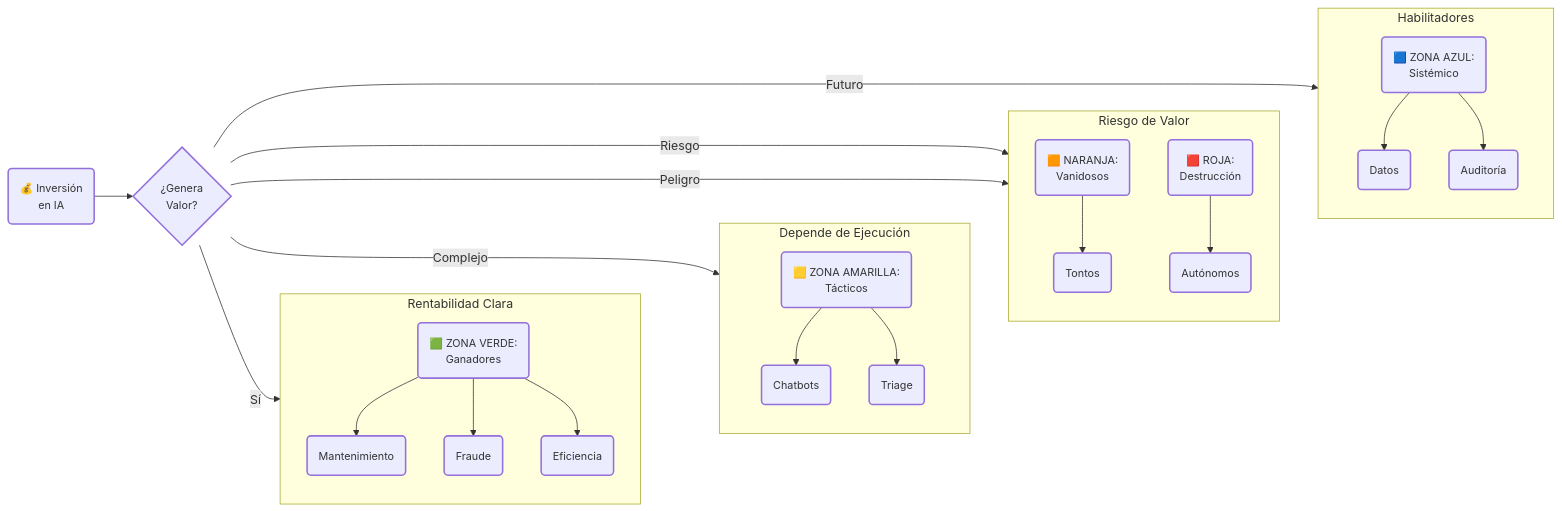
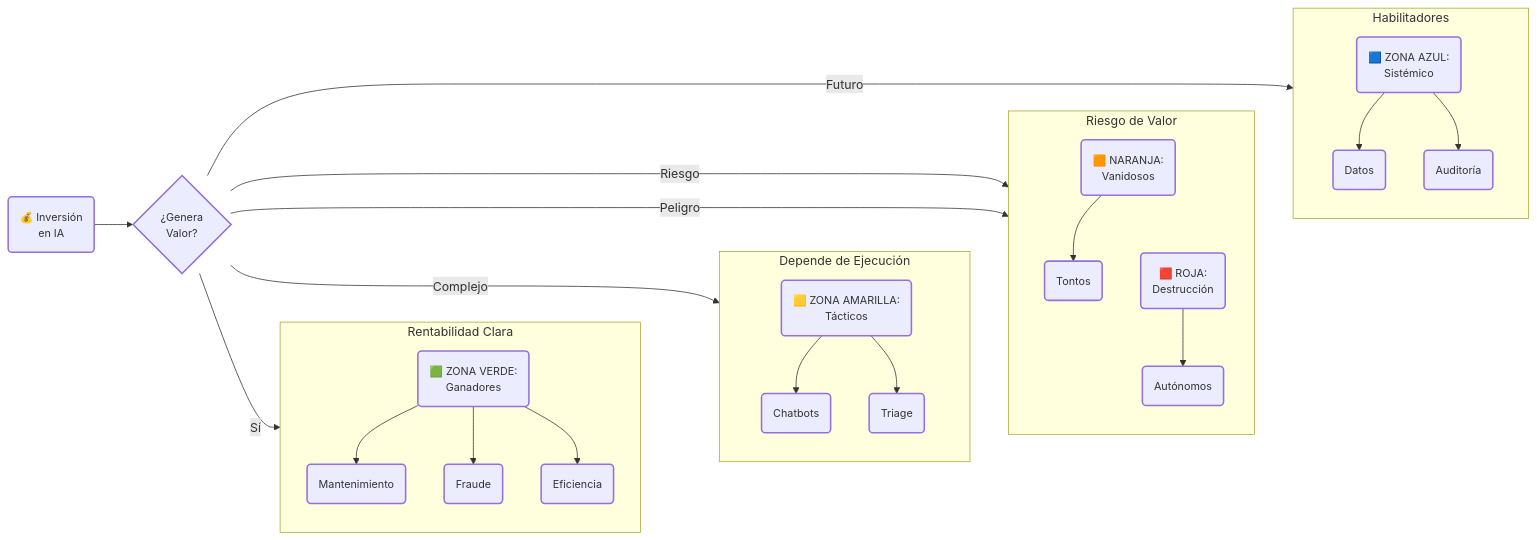
One commit to jccarvajal/Arquitectura-IA changed the diagram in docs/guias/12-ROI-Financiero.md. Above: the diagram before and after it, drawn with Mermaid.

````diff
--- a/docs/guias/12-ROI-Financiero.md
+++ b/docs/guias/12-ROI-Financiero.md
@@ -15,47 +15,48 @@
 ```mermaid
 graph LR
     %% CONFIGURACIÓN MAESTRA (Estilo limpio)
     classDef default font-size:14px,stroke-width:2px;
 
     Invest(💰 Inversión<br/>en IA) --> Evaluacion{¿Genera<br/>Valor?}
 
     %% ZONA VERDE
     Evaluacion -->|Sí| Green(🟩 ZONA VERDE:<br/>Ganadores)
     subgraph Z_Green [Rentabilidad Clara]
         direction TB
         Green --> G1(Mantenimiento)
         Green --> G2(Fraude)
         Green --> G3(Eficiencia)
     end
 
     %% ZONA AMARILLA
     Evaluacion -->|Complejo| Yellow(🟨 ZONA AMARILLA:<br/>Tácticos)
     subgraph Z_Yellow [Depende de Ejecución]
         direction TB
         Yellow --> Y1(Chatbots)
         Yellow --> Y2(Triage)
     end
 
     %% ZONA RIESGO (NARANJA + ROJA)
     Evaluacion -->|Riesgo| Orange(🟧 NARANJA:<br/>Vanidosos)
     Evaluacion -->|Peligro| Red(🟥 ROJA:<br/>Destrucción)
     subgraph Z_Risk [Riesgo de Valor]
         direction TB
         Orange --> O1(Tontos)
         Red --> R1(Autónomos)
     end
 
     %% ZONA AZUL
     Evaluacion -->|Futuro| Blue(🟦 ZONA AZUL:<br/>Sistémico)
     subgraph Z_Blue [Habilitadores]
         direction TB
         Blue --> B1(Datos)
         Blue --> B2(Auditoría)
     end
 
     %% --- TRUCO DE ORDENAMIENTO (ENLACES INVISIBLES) ---
     %% Esto obliga a Mermaid a apilar las zonas de arriba a abajo
     Green ~~~ Yellow
     Yellow ~~~ Orange
-    Orange ~~~ Blue
+    Orange ~~~ Red
+    Red ~~~ Blue
 ```
````
